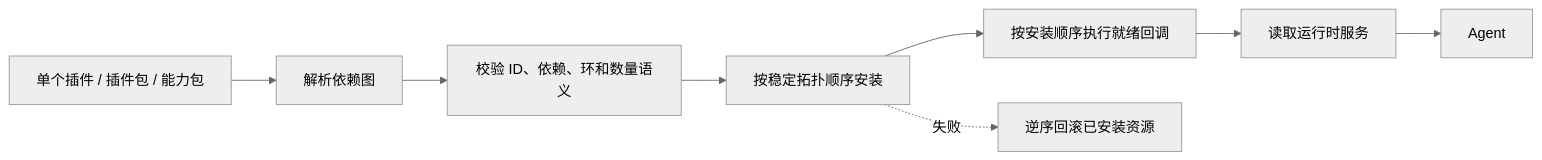
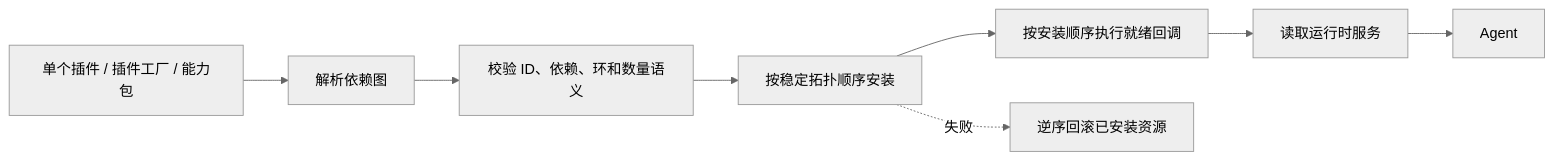
The second of 16 diagrams in docs/architecture.md (Penglai-Link/eliteforge-agent-framework), drawn with Mermaid (neutral theme) before and after one commit. The commit also changed other lines of this file and 109 other files, not shown here.

````diff
--- a/docs/architecture.md
+++ b/docs/architecture.md
@@ -55,10 +55,10 @@
 ```mermaid
 flowchart LR
-    Input[单个插件 / 插件包 / 能力包] --> Resolve[解析依赖图]
+    Input[单个插件 / 插件工厂 / 能力包] --> Resolve[解析依赖图]
     Resolve --> Validate[校验 ID、依赖、环和数量语义]
     Validate --> Install[按稳定拓扑顺序安装]
     Install --> Ready[按安装顺序执行就绪回调]
     Ready --> Services[读取运行时服务]
     Services --> Agent[Agent]
     Install -. 失败 .-> Rollback[逆序回滚已安装资源]
 ```
````
